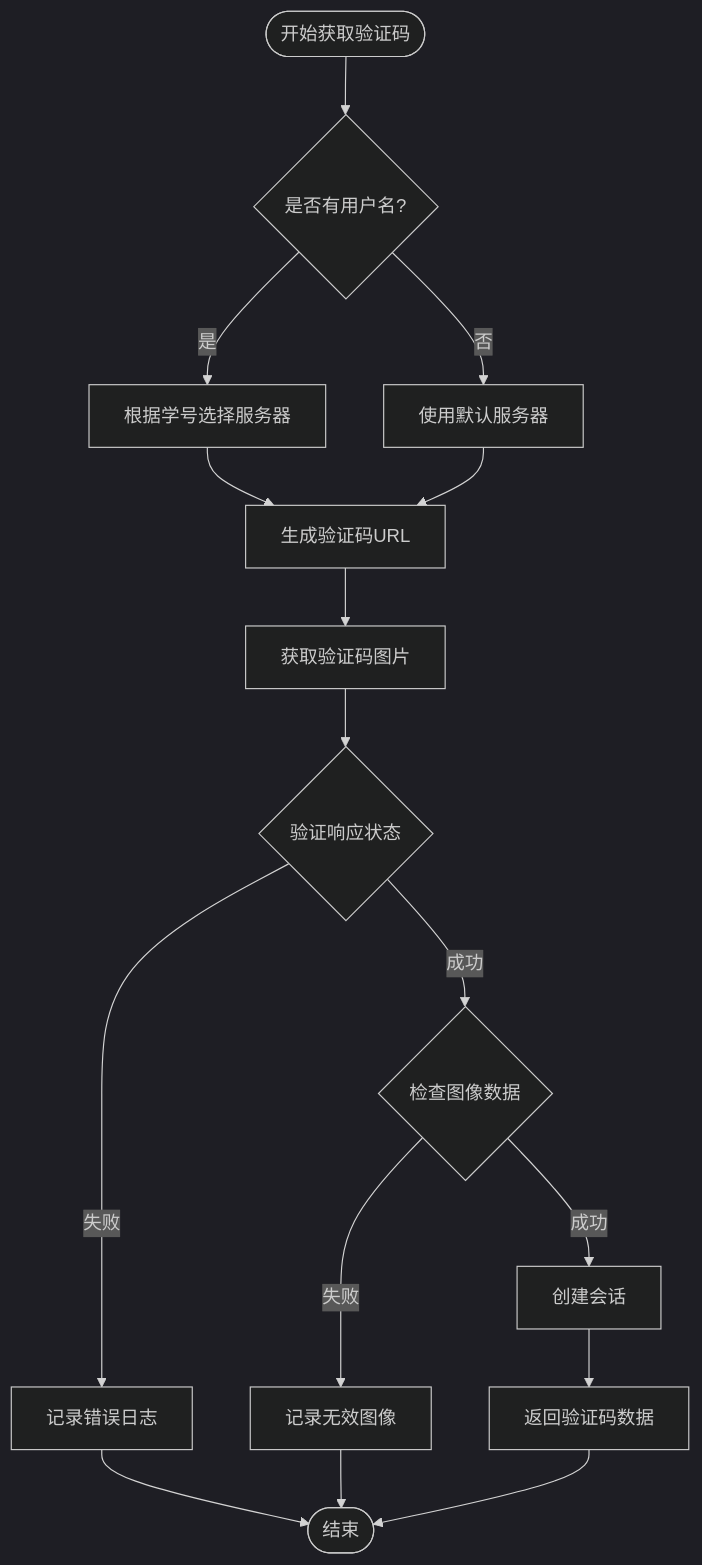
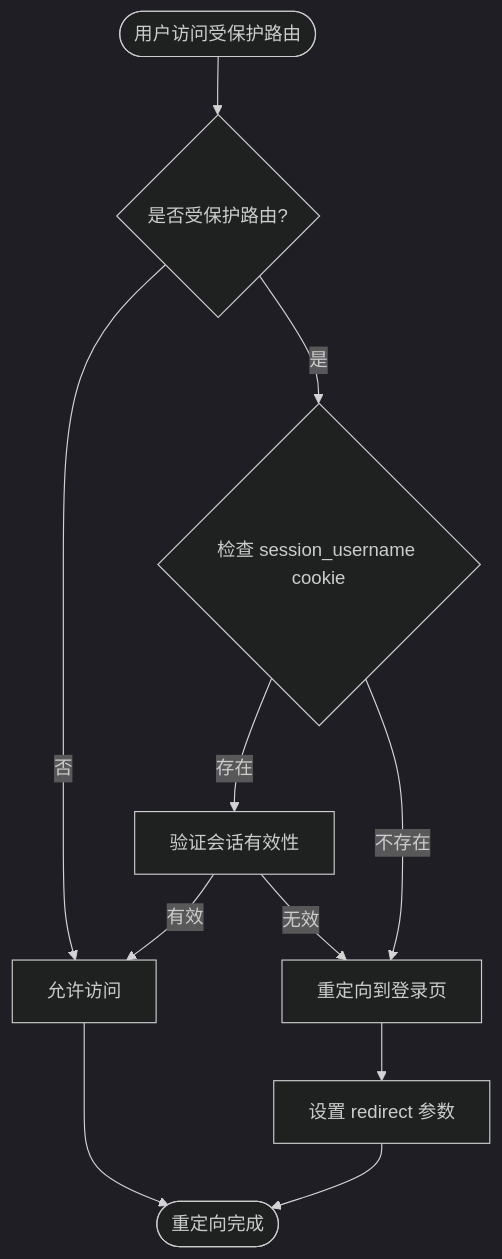
The fourth of 12 diagrams in .qoder/repowiki/zh/content/前端应用文档/登录页面与认证流程.md (ghbbn053-ship-itsoulddog/soulddog), drawn with Mermaid (dark theme) before and after one commit. The commit also changed other lines of this file and 6 other files, not shown here.

````diff
--- a/.qoder/repowiki/zh/content/前端应用文档/登录页面与认证流程.md
+++ b/.qoder/repowiki/zh/content/前端应用文档/登录页面与认证流程.md
@@ -249,18 +260,13 @@
 ```mermaid
 flowchart TD
-Start([开始获取验证码]) --> CheckUsername{是否有用户名?}
-CheckUsername --> |是| SelectServer[根据学号选择服务器]
-CheckUsername --> |否| DefaultServer[使用默认服务器]
-SelectServer --> GenerateURL[生成验证码URL]
-DefaultServer --> GenerateURL
-GenerateURL --> FetchImage[获取验证码图片]
-FetchImage --> ValidateResponse{验证响应状态}
-ValidateResponse --> |失败| LogError[记录错误日志]
-ValidateResponse --> |成功| CheckImageData{检查图像数据}
-CheckImageData --> |失败| LogInvalidImage[记录无效图像]
-CheckImageData --> |成功| CreateSession[创建会话]
-CreateSession --> ReturnData[返回验证码数据]
-LogError --> End([结束])
-LogInvalidImage --> End
-ReturnData --> End
+Start([用户访问受保护路由]) --> CheckRoute{是否受保护路由?}
+CheckRoute --> |否| AllowAccess[允许访问]
+CheckRoute --> |是| CheckCookie{检查 session_username cookie}
+CheckCookie --> |存在| ValidateCookie[验证会话有效性]
+CheckCookie --> |不存在| RedirectLogin[重定向到登录页]
+ValidateCookie --> |有效| AllowAccess
+ValidateCookie --> |无效| RedirectLogin
+RedirectLogin --> SetRedirectParam[设置 redirect 参数]
+SetRedirectParam --> End([重定向完成])
+AllowAccess --> End
 ```
````
